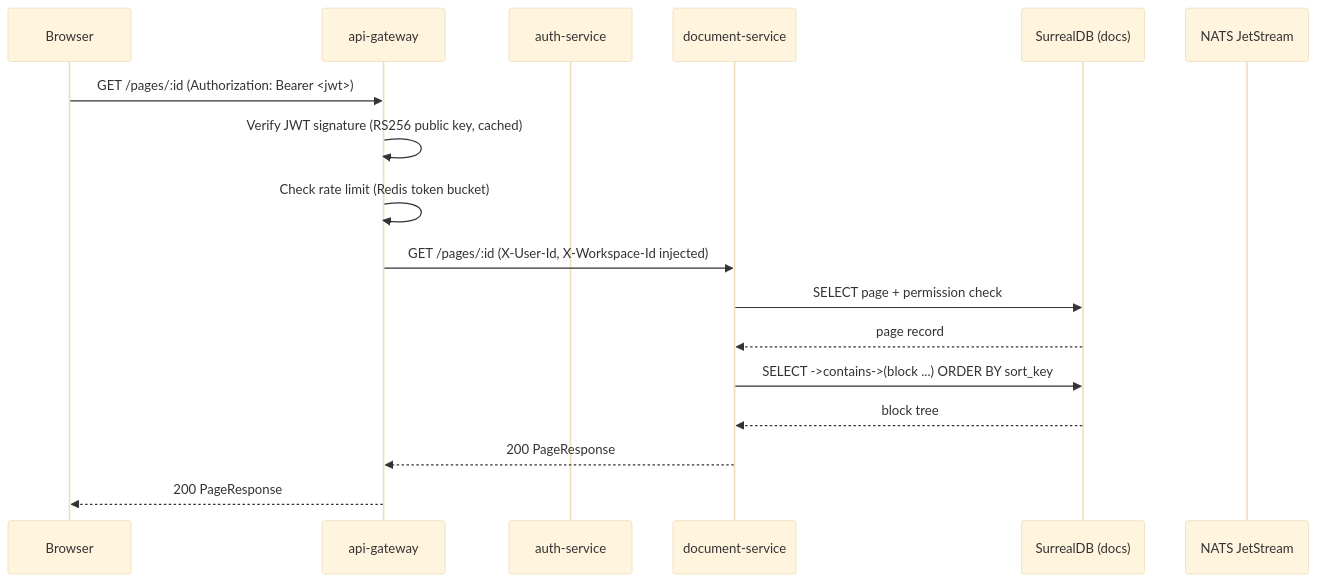
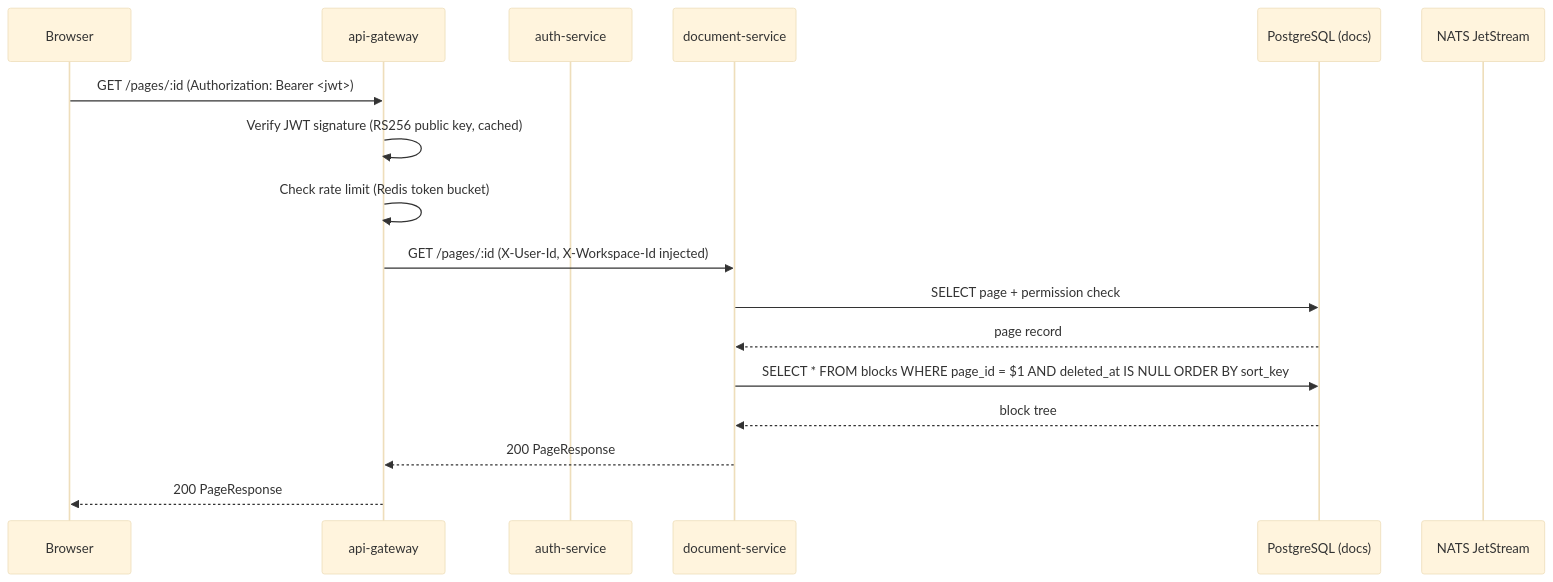
Before and after one commit to genuinebnt/bittree: the third of 4 diagrams in docs/architecture/ARCHITECTURE.md, drawn with Mermaid (base theme). The commit also changed other lines of this file and 10 other files, not shown here.

````diff
--- a/docs/architecture/ARCHITECTURE.md
+++ b/docs/architecture/ARCHITECTURE.md
@@ -158,20 +158,20 @@
 ```mermaid
 sequenceDiagram
     participant C as Browser
     participant GW as api-gateway
     participant AUTH as auth-service
     participant DOC as document-service
-    participant DB as SurrealDB (docs)
+    participant DB as PostgreSQL (docs)
     participant NATS as NATS JetStream
 
     C->>GW: GET /pages/:id  (Authorization: Bearer <jwt>)
     GW->>GW: Verify JWT signature (RS256 public key, cached)
     GW->>GW: Check rate limit (Redis token bucket)
     GW->>DOC: GET /pages/:id  (X-User-Id, X-Workspace-Id injected)
     DOC->>DB: SELECT page + permission check
     DB-->>DOC: page record
-    DOC->>DB: SELECT ->contains->(block ...) ORDER BY sort_key
+    DOC->>DB: SELECT * FROM blocks WHERE page_id = $1 AND deleted_at IS NULL ORDER BY sort_key
     DB-->>DOC: block tree
     DOC-->>GW: 200 PageResponse
     GW-->>C: 200 PageResponse
 ```
````
